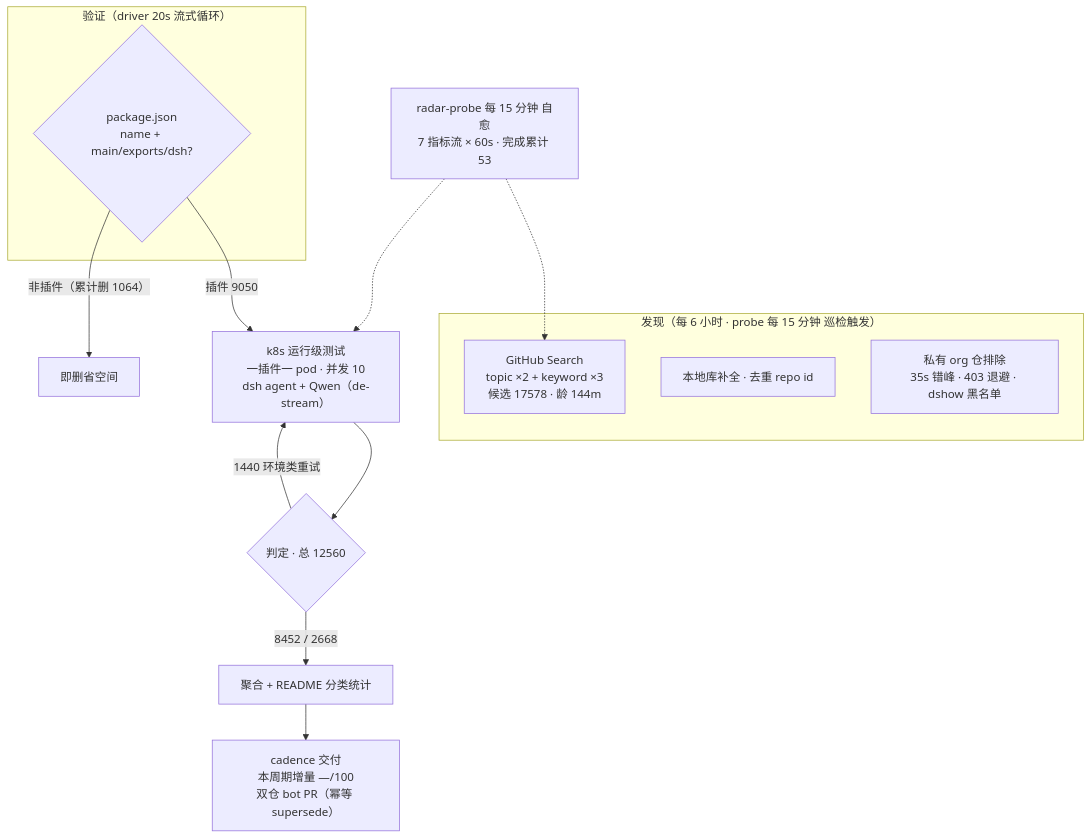
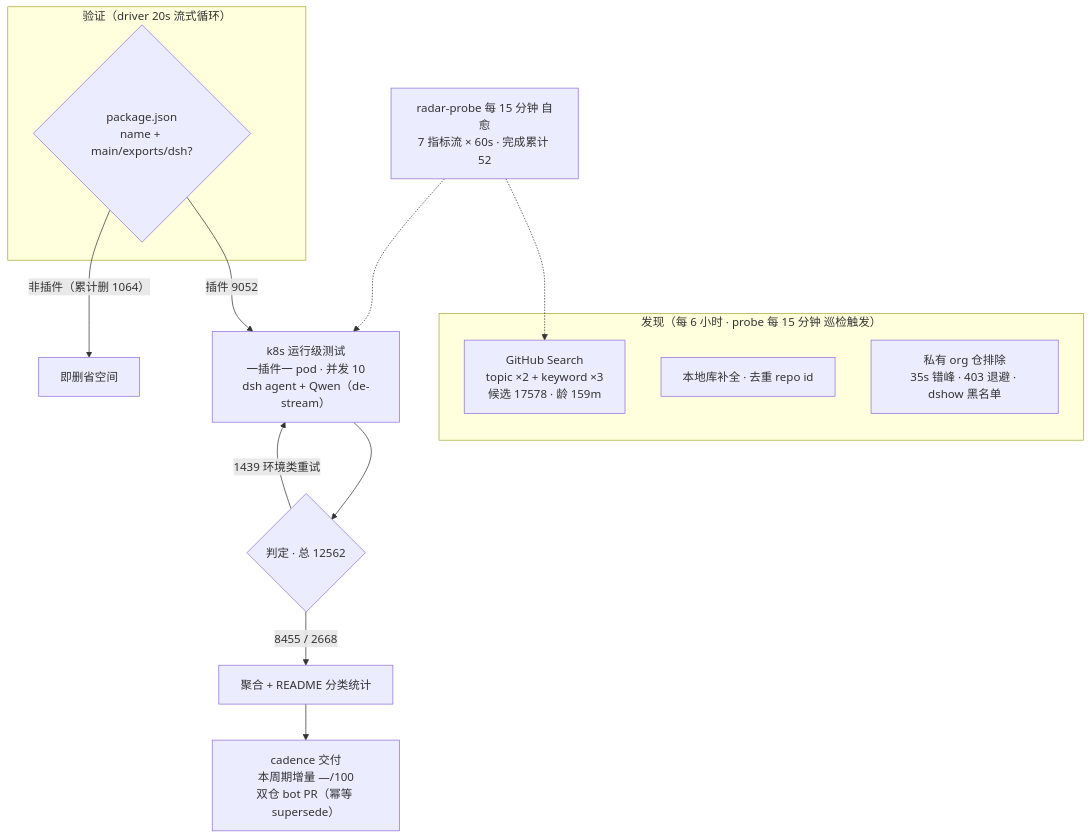
Before and after one commit to Zhidao-Lab-OSS/awesome-dsh-plugins: the diagram in README.md, drawn with Mermaid. The commit also changed other lines of this file and 1 other file, not shown here.

````diff
--- a/README.md
+++ b/README.md
@@ -52,20 +52,20 @@
 ```mermaid
 flowchart TB
     subgraph Discovery["发现（每 6 小时 · probe 每 15 分钟 巡检触发）"]
-        A1["GitHub Search<br/>topic ×2 + keyword ×3<br/>候选 17578 · 龄 144m"]
+        A1["GitHub Search<br/>topic ×2 + keyword ×3<br/>候选 17578 · 龄 159m"]
         A2["本地库补全 · 去重 repo id"]
         A3["私有 org 仓排除<br/>35s 错峰 · 403 退避 · dshow 黑名单"]
     end
     subgraph Validation["验证（driver 20s 流式循环）"]
         B1{"package.json<br/>name + main/exports/dsh?"}
     end
-    B1 -->|"插件 9050"| C1["k8s 运行级测试<br/>一插件一 pod · 并发 10<br/>dsh agent + Qwen（de-stream）"]
+    B1 -->|"插件 9052"| C1["k8s 运行级测试<br/>一插件一 pod · 并发 10<br/>dsh agent + Qwen（de-stream）"]
     B1 -->|"非插件（累计删 1064）"| B3["即删省空间"]
-    C1 --> D1{"判定 · 总 12560"}
-    D1 -->|"8452 / 2668"| E1["聚合 + README 分类统计"]
-    D1 -->|"1440 环境类重试"| C1
+    C1 --> D1{"判定 · 总 12562"}
+    D1 -->|"8455 / 2668"| E1["聚合 + README 分类统计"]
+    D1 -->|"1439 环境类重试"| C1
     E1 --> E2["cadence 交付<br/>本周期增量 —/100<br/>双仓 bot PR（幂等 supersede）"]
-    M["radar-probe 每 15 分钟 自愈<br/>7 指标流 × 60s · 完成累计 53"]
+    M["radar-probe 每 15 分钟 自愈<br/>7 指标流 × 60s · 完成累计 52"]
     M -.-> A1
     M -.-> C1
 ```
````
